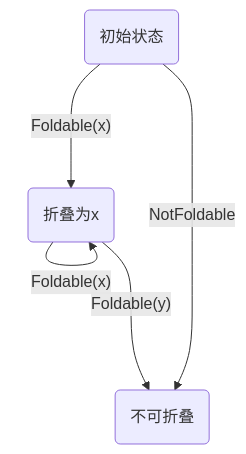
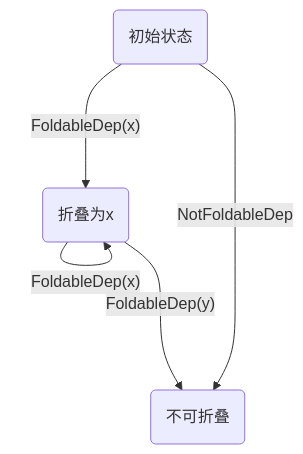
Before and after one commit to kermanx/tree-shaker-2025-5-slides: the fifth of 7 diagrams in slides.md, drawn with Mermaid. The commit also changed other lines of this file and 2 other files, not shown here.

````diff
--- a/slides.md
+++ b/slides.md
@@ -858,7 +961,7 @@
 ```mermaid {scale:0.7}
 graph TB;
-A(初始状态) --->|"Foldable(x)"| B("折叠为x")
-B -->|"Foldable(x)"| B
-B --->|"Foldable(y)"| C(不可折叠)
-A --->|"NotFoldable"| C
+A(初始状态) --->|"FoldableDep(x)"| B("折叠为x")
+B -->|"FoldableDep(x)"| B
+B --->|"FoldableDep(y)"| C(不可折叠)
+A --->|"NotFoldableDep"| C
 ```
````
